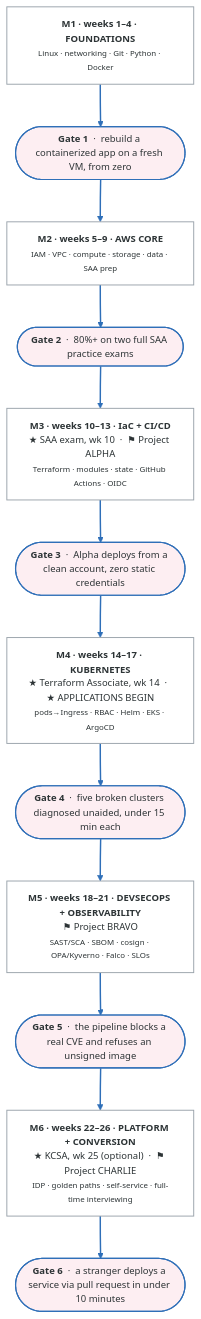
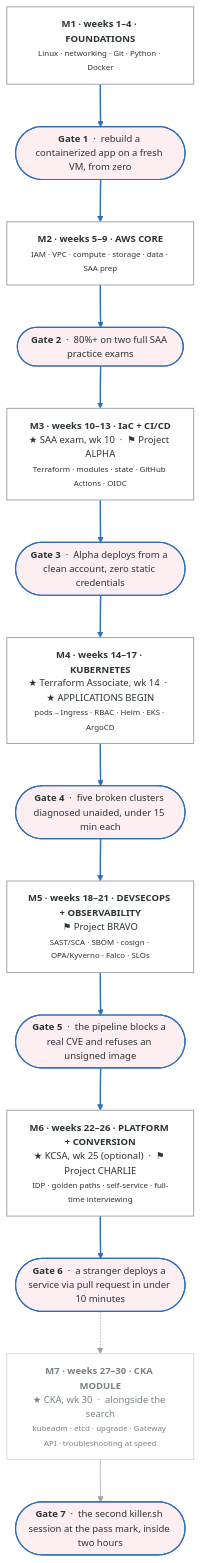
Before and after one commit to Twolliston-CPG/Mastery: the diagram in ROADMAP.md, drawn with Mermaid. The commit also changed other lines of this file and 381 other files, not shown here.

First line of the commit message:
Merge upstream/main: CKA module, Kubernetes mastery, policy as code, GCP suspend/resume (#11)

````diff
--- a/ROADMAP.md
+++ b/ROADMAP.md
@@ -168,33 +168,37 @@
 ```mermaid
 %%{init: {'theme':'base','themeVariables':{'fontFamily':'Helvetica, Arial, sans-serif','fontSize':'13px','primaryColor':'#ffffff','primaryTextColor':'#2d3436','primaryBorderColor':'#9aa3ab','lineColor':'#9aa3ab','textColor':'#2d3436','clusterBkg':'#fbfcfd','clusterBorder':'#d4dae0','edgeLabelBackground':'#ffffff','tertiaryColor':'#eef4fb'},'flowchart':{'curve':'basis','padding':14,'nodeSpacing':42,'rankSpacing':58}}}%%
 flowchart TB
   classDef default fill:#ffffff,stroke:#9aa3ab,stroke-width:1.3px,color:#2d3436
   classDef n    fill:#ffffff,stroke:#9aa3ab,stroke-width:1.3px,color:#2d3436
   classDef crit fill:#eef4fb,stroke:#2f6fb8,stroke-width:1.8px,color:#1b3a5c
   classDef data fill:#f4f7fa,stroke:#9aa3ab,stroke-width:1.3px,color:#2d3436
   classDef mut  fill:#ffffff,stroke:#cfd6dc,stroke-width:1.1px,color:#7a8288
   classDef warn fill:#fdf0ec,stroke:#c0522d,stroke-width:1.6px,color:#8a3a1e
   classDef gate fill:#fdeef2,stroke:#2f6fb8,stroke-width:1.6px,color:#2d3436
 
   M1["<b>M1 · weeks 1–4 · FOUNDATIONS</b><br/><small>Linux · networking · Git · Python · Docker</small>"]:::n
   G1(["<b>Gate 1</b> &nbsp;·&nbsp; rebuild a containerized app on a fresh VM, from zero"]):::gate
 
   M2["<b>M2 · weeks 5–9 · AWS CORE</b><br/><small>IAM · VPC · compute · storage · data · SAA prep</small>"]:::n
   G2(["<b>Gate 2</b> &nbsp;·&nbsp; 80%+ on two full SAA practice exams"]):::gate
 
   M3["<b>M3 · weeks 10–13 · IaC + CI/CD</b><br/>★ SAA exam, wk 10 &nbsp;·&nbsp; ⚑ Project ALPHA<br/><small>Terraform · modules · state · GitHub Actions · OIDC</small>"]:::n
   G3(["<b>Gate 3</b> &nbsp;·&nbsp; Alpha deploys from a clean account, zero static credentials"]):::gate
 
   M4["<b>M4 · weeks 14–17 · KUBERNETES</b><br/>★ Terraform Associate, wk 14 &nbsp;·&nbsp; ★ APPLICATIONS BEGIN<br/><small>pods→Ingress · RBAC · Helm · EKS · ArgoCD</small>"]:::n
   G4(["<b>Gate 4</b> &nbsp;·&nbsp; five broken clusters diagnosed unaided, under 15 min each"]):::gate
 
   M5["<b>M5 · weeks 18–21 · DEVSECOPS + OBSERVABILITY</b><br/>⚑ Project BRAVO<br/><small>SAST/SCA · SBOM · cosign · OPA/Kyverno · Falco · SLOs</small>"]:::n
   G5(["<b>Gate 5</b> &nbsp;·&nbsp; the pipeline blocks a real CVE and refuses an unsigned image"]):::gate
 
   M6["<b>M6 · weeks 22–26 · PLATFORM + CONVERSION</b><br/>★ KCSA, wk 25 (optional) &nbsp;·&nbsp; ⚑ Project CHARLIE<br/><small>IDP · golden paths · self-service · full-time interviewing</small>"]:::n
   G6(["<b>Gate 6</b> &nbsp;·&nbsp; a stranger deploys a service via pull request in under 10 minutes"]):::gate
 
+  M7["<b>M7 · weeks 27–30 · CKA MODULE</b><br/>★ CKA, wk 30 &nbsp;·&nbsp; alongside the search<br/><small>kubeadm · etcd · upgrade · Gateway API · troubleshooting at speed</small>"]:::mut
+  G7(["<b>Gate 7</b> &nbsp;·&nbsp; the second killer.sh session at the pass mark, inside two hours"]):::gate
+
   M1 --> G1 --> M2 --> G2 --> M3 --> G3 --> M4 --> G4 --> M5 --> G5 --> M6 --> G6
+  G6 -.-> M7 --> G7
 
   linkStyle 0,1,2,3,4,5,6,7,8,9,10 stroke:#2f6fb8,stroke-width:2px
 ```
````
